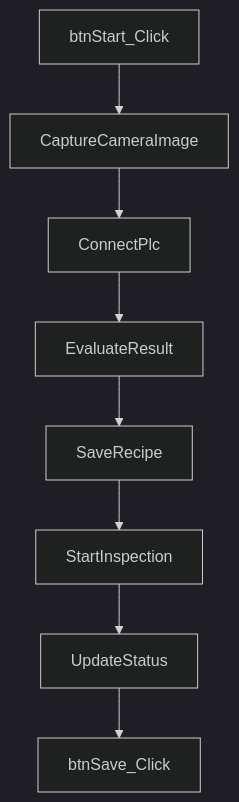
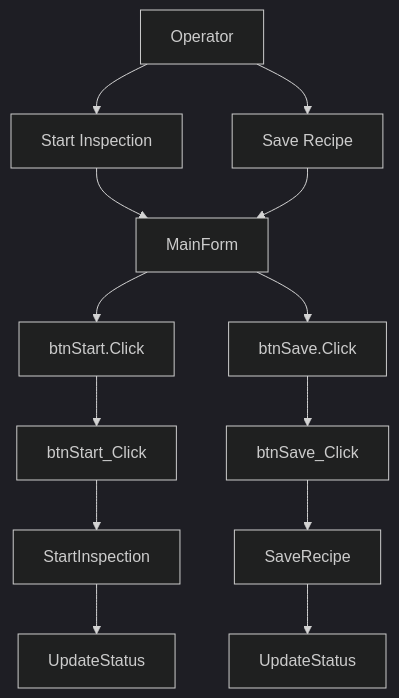
One commit to SakiKiaya/skills changed the diagram in dotnet-gui-handover-skills/examples/vbnet-large-file-doc-test/docs/07_user_workflow.md. Above: the diagram before and after it, drawn with Mermaid (dark theme). The commit also changed other lines of this file and 280 other files, not shown here.

Commit message:
Refactor MainForm event documentation: update btnStart_Click and btnSave_Click methods, add maintenance notes and risk assessment

````diff
--- a/dotnet-gui-handover-skills/examples/vbnet-large-file-doc-test/docs/07_user_workflow.md
+++ b/dotnet-gui-handover-skills/examples/vbnet-large-file-doc-test/docs/07_user_workflow.md
@@ -117,11 +5,27 @@
 ```mermaid
 flowchart TD
-  N0["btnStart_Click"]
-  N0 --> N1["CaptureCameraImage"]
-  N1 --> N2["ConnectPlc"]
-  N2 --> N3["EvaluateResult"]
-  N3 --> N4["SaveRecipe"]
-  N4 --> N5["StartInspection"]
-  N5 --> N6["UpdateStatus"]
-  N6 --> N7["btnSave_Click"]
+  User["Operator"]
+  UI["MainForm"]
+  W0["Start Inspection"]
+  E0["btnStart.Click"]
+  User --> W0
+  W0 --> UI
+  UI --> E0
+  W0_S0["btnStart_Click"]
+  E0 --> W0_S0
+  W0_S1["StartInspection"]
+  W0_S0 --> W0_S1
+  W0_S2["UpdateStatus"]
+  W0_S1 --> W0_S2
+  W1["Save Recipe"]
+  E1["btnSave.Click"]
+  User --> W1
+  W1 --> UI
+  UI --> E1
+  W1_S0["btnSave_Click"]
+  E1 --> W1_S0
+  W1_S1["SaveRecipe"]
+  W1_S0 --> W1_S1
+  W1_S2["UpdateStatus"]
+  W1_S1 --> W1_S2
 ```
````
